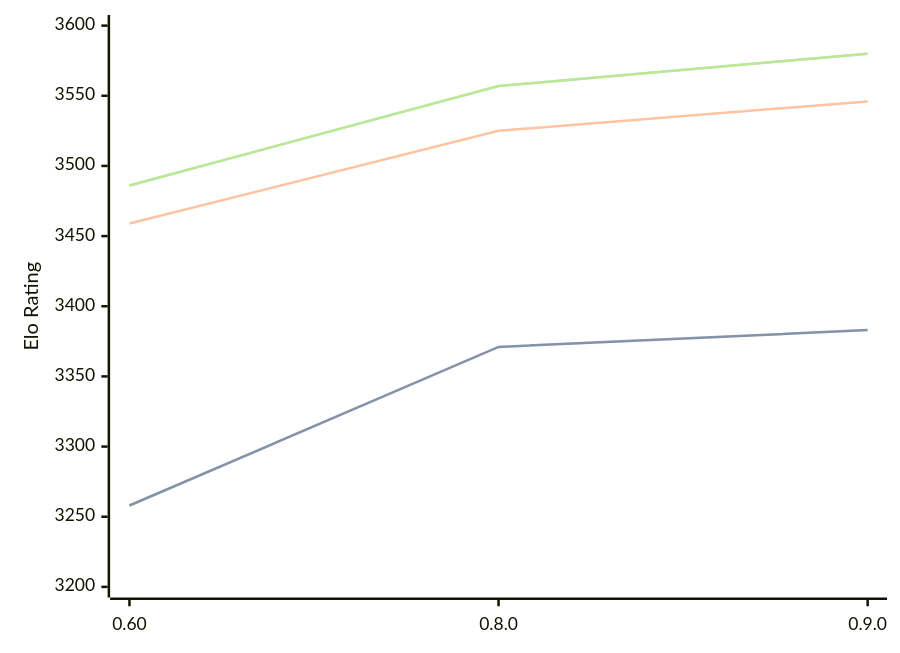
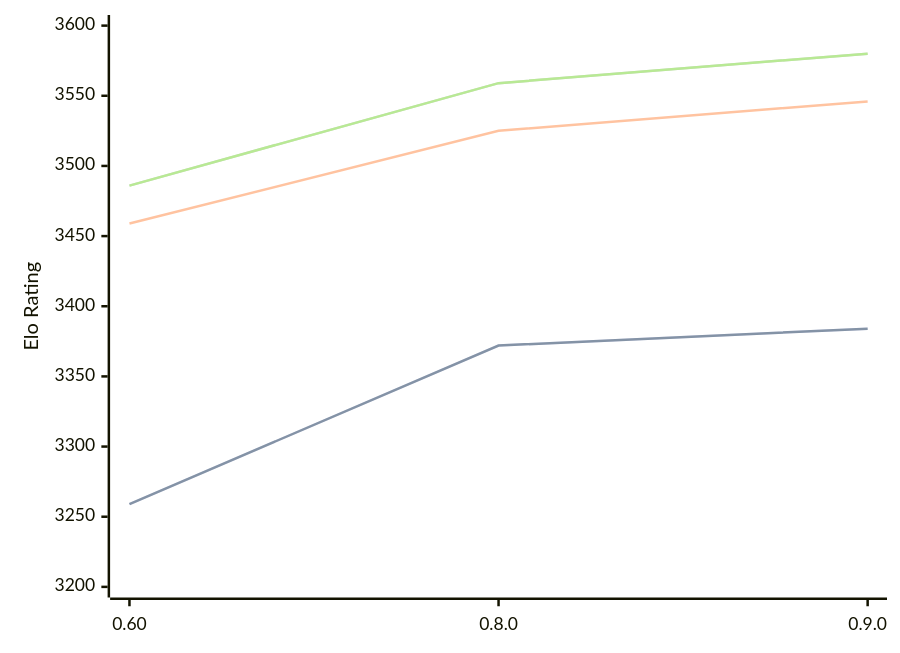
One commit to computer-chess-index/cci changed the diagram in engines/Motor.md. Above: the diagram before and after it, drawn with Mermaid. The commit also changed other lines of this file, not shown here.

Commit message:
Update CCI Ratings (ELO VLTC) - 2026-05-14

````diff
--- a/engines/Motor.md
+++ b/engines/Motor.md
@@ -39,11 +39,11 @@
 ```mermaid
 %%{init: {"theme":"base","themeVariables":{"seriesColors:['#a3a3a3','#222221','#faa371']}}}%%
 xychart-beta
   x-axis ["0.60", "0.8.0", "0.9.0"]
   y-axis "Elo Rating" 3200 --> 3600
-  line "STC (8.0+0.08s)" [3258, 3371, 3383]
-  line "STC (8.0+0.08s)" [3258, 3371, 3383]
+  line "STC (8.0+0.08s)" [3259, 3372, 3384]
+  line "STC (8.0+0.08s)" [3259, 3372, 3384]
   line "LTC (60.0+0.60s)" [3459, 3525, 3546]
-  line "VLTC (2m24s+1.12s)" [3486, 3557, 3580]
-  line "VLTC (2m24s+1.12s)" [3486, 3557, 3580]
+  line "VLTC (2m24s+1.12s)" [3486, 3559, 3580]
+  line "VLTC (2m24s+1.12s)" [3486, 3559, 3580]
 ```
````
